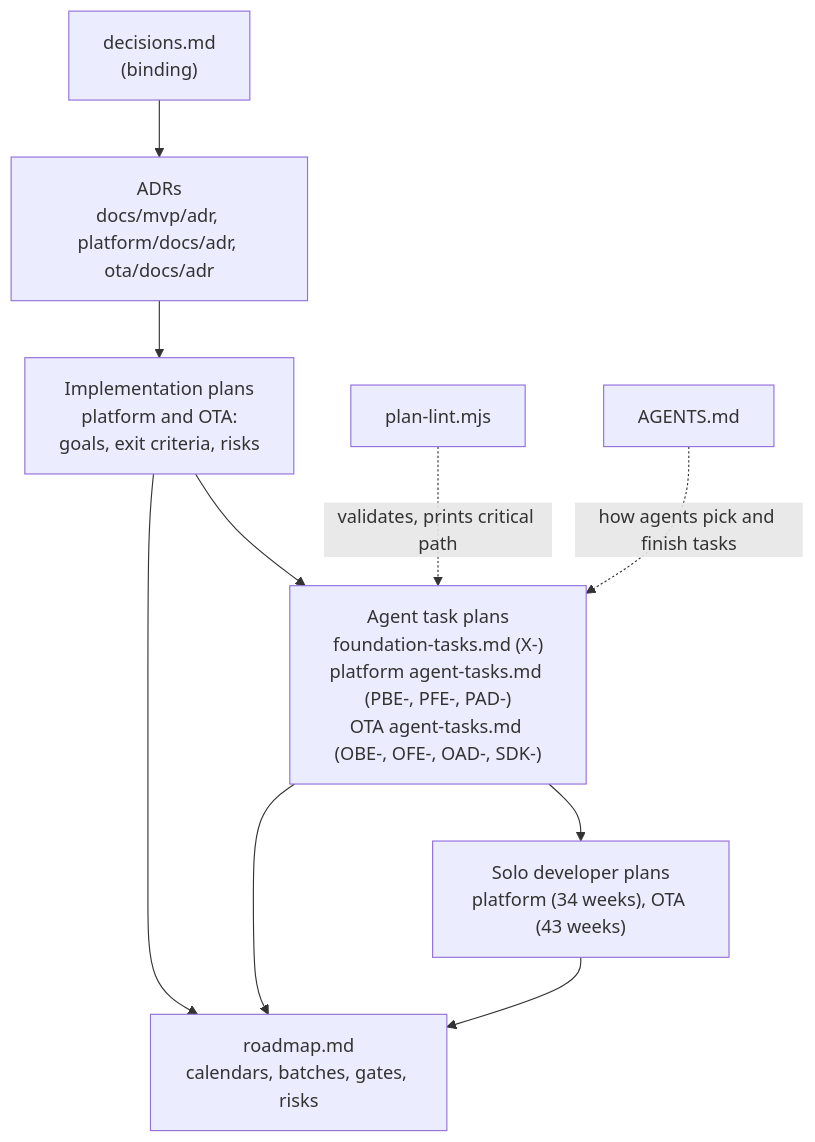
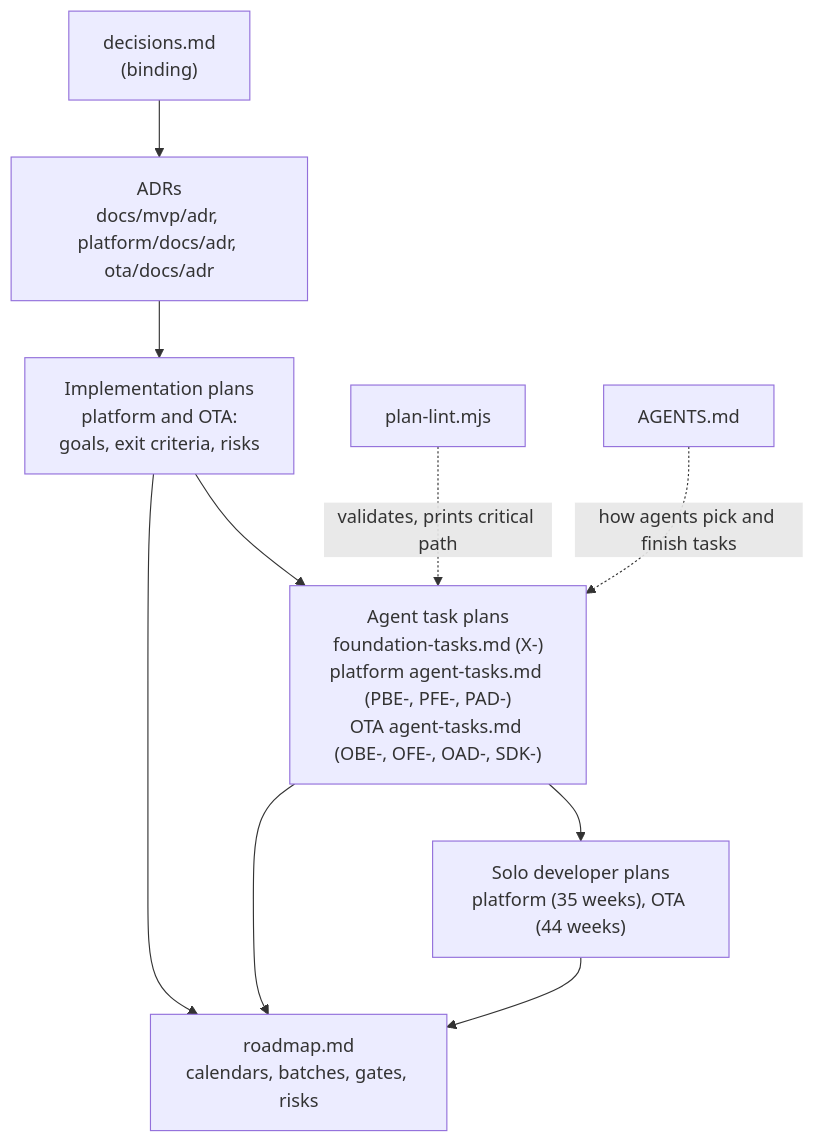
The diagram in docs/mvp/plans/README.md (bhagwati-prasad/velexis-ota), drawn with Mermaid before and after one commit. The commit also changed other lines of this file and 25 other files, not shown here.

````diff
--- a/docs/mvp/plans/README.md
+++ b/docs/mvp/plans/README.md
@@ -22,12 +22,12 @@
 ```mermaid
 flowchart TD
   D["decisions.md<br/>(binding)"] --> A["ADRs<br/>docs/mvp/adr, platform/docs/adr, ota/docs/adr"]
   A --> IP["Implementation plans<br/>platform and OTA:<br/>goals, exit criteria, risks"]
   IP --> AT["Agent task plans<br/>foundation-tasks.md (X-)<br/>platform agent-tasks.md (PBE-, PFE-, PAD-)<br/>OTA agent-tasks.md (OBE-, OFE-, OAD-, SDK-)"]
-  AT --> SP["Solo developer plans<br/>platform (34 weeks), OTA (43 weeks)"]
+  AT --> SP["Solo developer plans<br/>platform (35 weeks), OTA (44 weeks)"]
   AT --> R["roadmap.md<br/>calendars, batches, gates, risks"]
   IP --> R
   SP --> R
   L["plan-lint.mjs"] -. validates, prints critical path .-> AT
   AG["AGENTS.md"] -. how agents pick and finish tasks .-> AT
 ```
````
